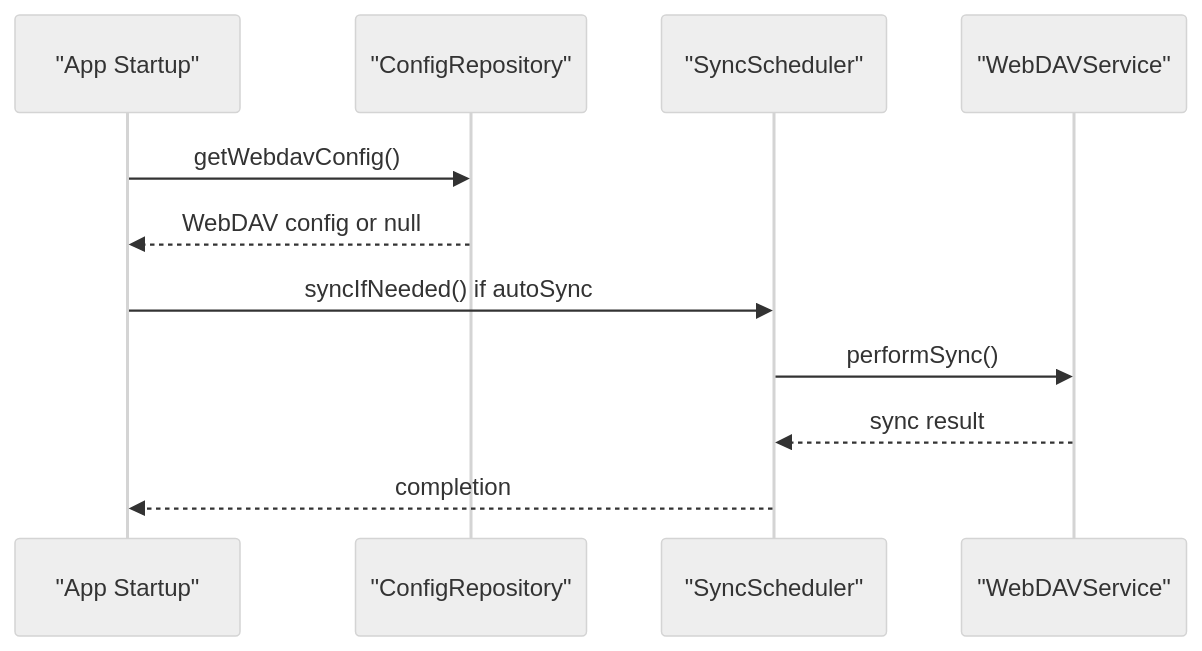
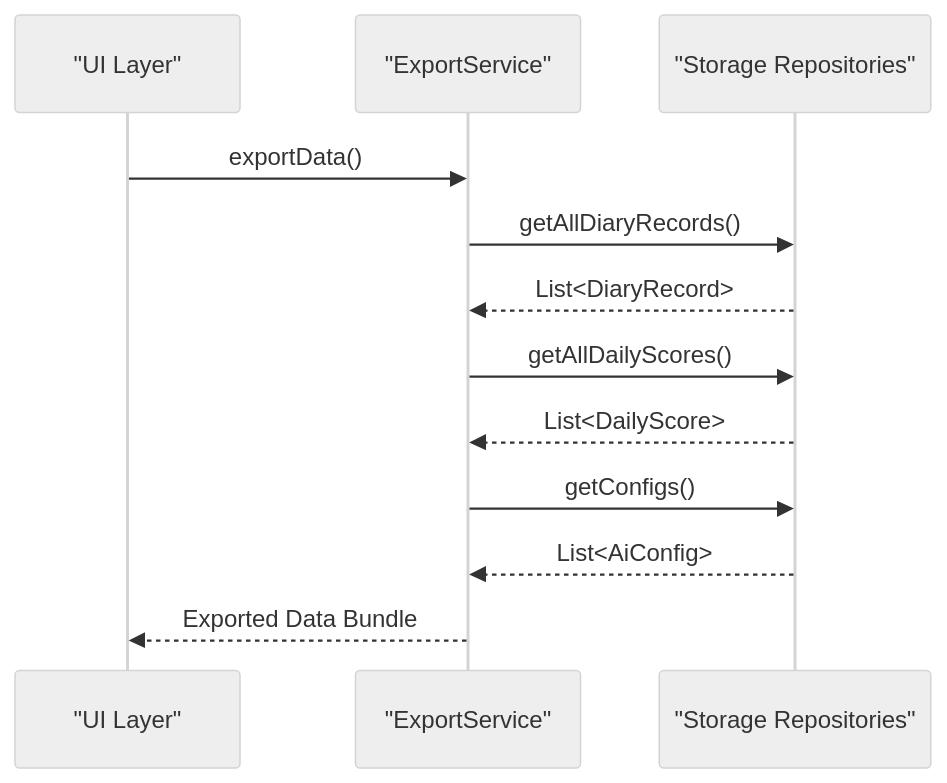
Before and after one commit to favoroo/QNote: the fourth of 7 diagrams in .qoder/repowiki/en/content/Services Layer/Services Layer.md, drawn with Mermaid (neutral theme). The commit also changed other lines of this file and 65 other files, not shown here.

First line of the commit message:
docs: 新增项目文档与配置文件，修复AI提取与热力图问题

````diff
--- a/.qoder/repowiki/en/content/Services Layer/Services Layer.md
+++ b/.qoder/repowiki/en/content/Services Layer/Services Layer.md
@@ -260,13 +214,14 @@
 ```mermaid
 sequenceDiagram
-participant App as "App Startup"
-participant Config as "ConfigRepository"
-participant Scheduler as "SyncScheduler"
-participant WebDAV as "WebDAVService"
-App->>Config : getWebdavConfig()
-Config-->>App : WebDAV config or null
-App->>Scheduler : syncIfNeeded() if autoSync
-Scheduler->>WebDAV : performSync()
-WebDAV-->>Scheduler : sync result
-Scheduler-->>App : completion
+participant UI as "UI Layer"
+participant Export as "ExportService"
+participant Repo as "Storage Repositories"
+UI->>Export : exportData()
+Export->>Repo : getAllDiaryRecords()
+Repo-->>Export : List<DiaryRecord>
+Export->>Repo : getAllDailyScores()
+Repo-->>Export : List<DailyScore>
+Export->>Repo : getConfigs()
+Repo-->>Export : List<AiConfig>
+Export-->>UI : Exported Data Bundle
 ```
````
